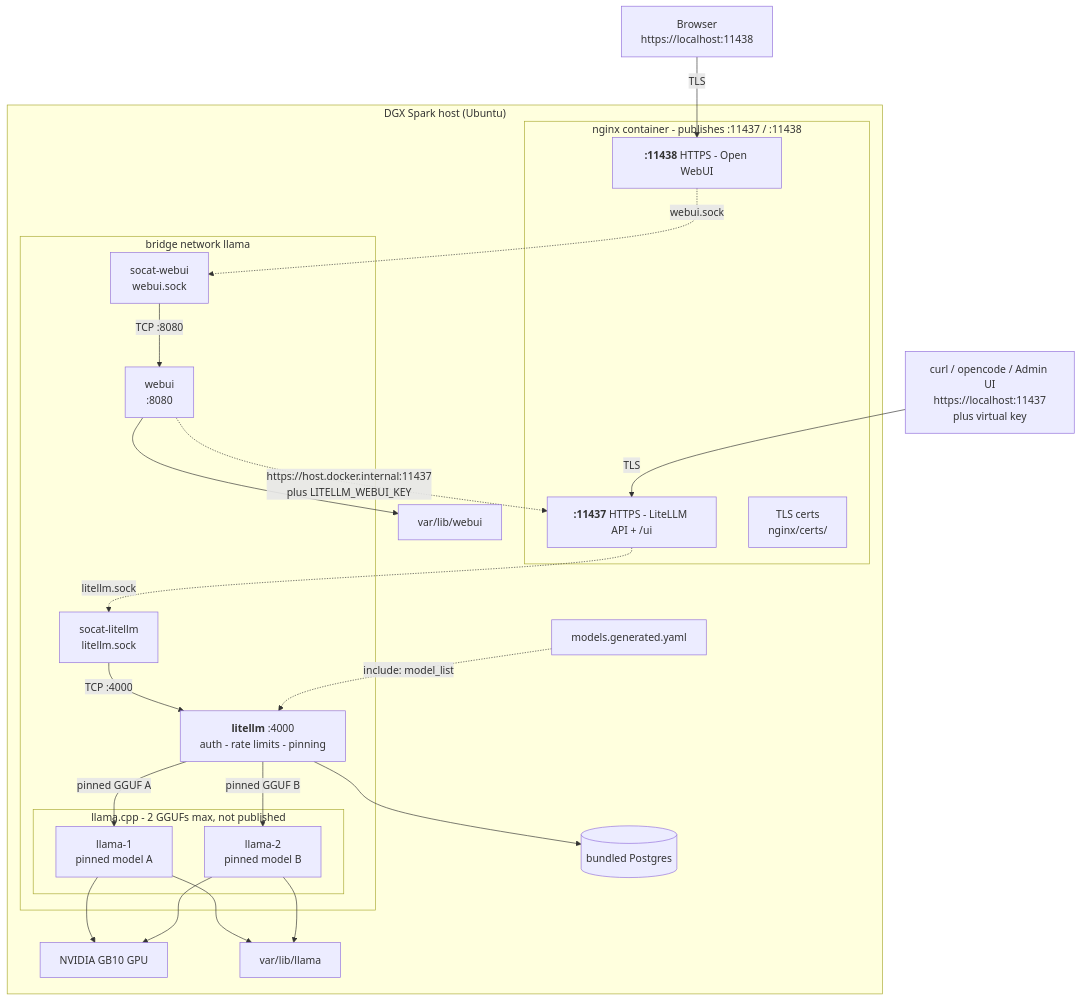
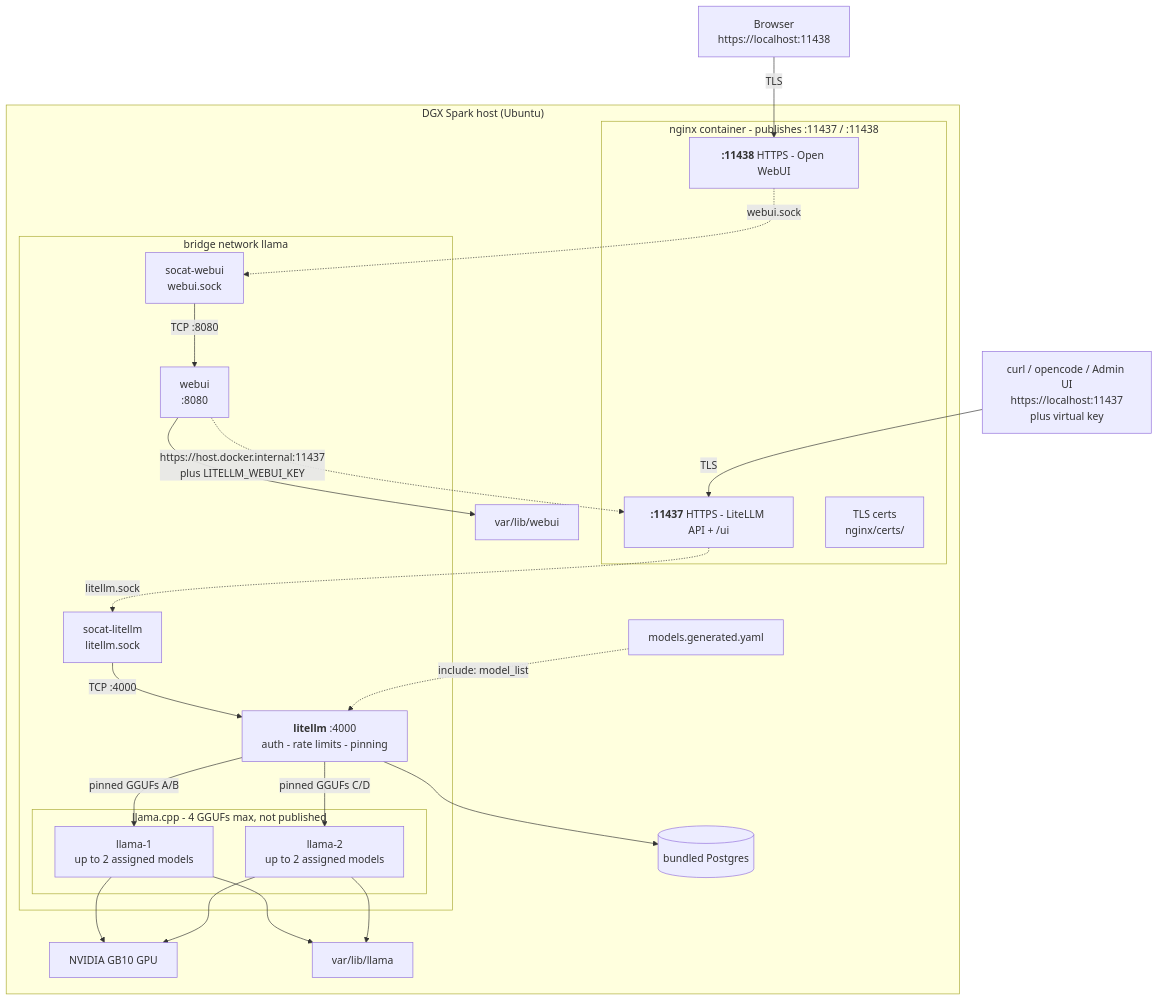
Before and after one commit to SpotDraft/llamacpp-serve: the diagram in docs/diagrams/architecture-litellm.mmd, drawn with Mermaid. The commit also changed 19 other files, not shown here.

```diff
--- a/docs/diagrams/architecture-litellm.mmd
+++ b/docs/diagrams/architecture-litellm.mmd
@@ -1,46 +1,46 @@
 flowchart TD
     CLI1["curl / opencode / Admin UI<br/>https://localhost:11437<br/>plus virtual key"]
     CLI2["Browser<br/>https://localhost:11438"]
 
     subgraph HOST["DGX Spark host (Ubuntu)"]
         subgraph NGX["nginx container - publishes :11437 / :11438"]
             LS11437["<b>:11437</b> HTTPS - LiteLLM API + /ui"]
             LS11438["<b>:11438</b> HTTPS - Open WebUI"]
             CERTS["TLS certs<br/>nginx/certs/"]
         end
 
         subgraph NET["bridge network llama"]
             SL["socat-litellm<br/>litellm.sock"]
             LL["<b>litellm</b> :4000<br/>auth - rate limits - pinning"]
-            subgraph POOL["llama.cpp - 2 GGUFs max, not published"]
-                L1["llama-1<br/>pinned model A"]
-                L2["llama-2<br/>pinned model B"]
+            subgraph POOL["llama.cpp - 4 GGUFs max, not published"]
+                L1["llama-1<br/>up to 2 assigned models"]
+                L2["llama-2<br/>up to 2 assigned models"]
             end
             W["webui<br/>:8080"]
             SW["socat-webui<br/>webui.sock"]
         end
 
         GPU["NVIDIA GB10 GPU"]
         MODELS["var/lib/llama"]
         GEN["models.generated.yaml"]
         DATA["var/lib/webui"]
         PG[("bundled Postgres")]
     end
 
     CLI1 -->|TLS| LS11437
     CLI2 -->|TLS| LS11438
 
     LS11437 -.->|litellm.sock| SL
     SL -->|TCP :4000| LL
     GEN -.->|include: model_list| LL
-    LL -->|"pinned GGUF A"| L1
-    LL -->|"pinned GGUF B"| L2
+    LL -->|"pinned GGUFs A/B"| L1
+    LL -->|"pinned GGUFs C/D"| L2
     LL --> PG
 
     LS11438 -.->|webui.sock| SW
     SW -->|TCP :8080| W
     W -.->|https://host.docker.internal:11437<br/>plus LITELLM_WEBUI_KEY| LS11437
     W --> DATA
 
     L1 & L2 --> GPU
     L1 & L2 --> MODELS
```
